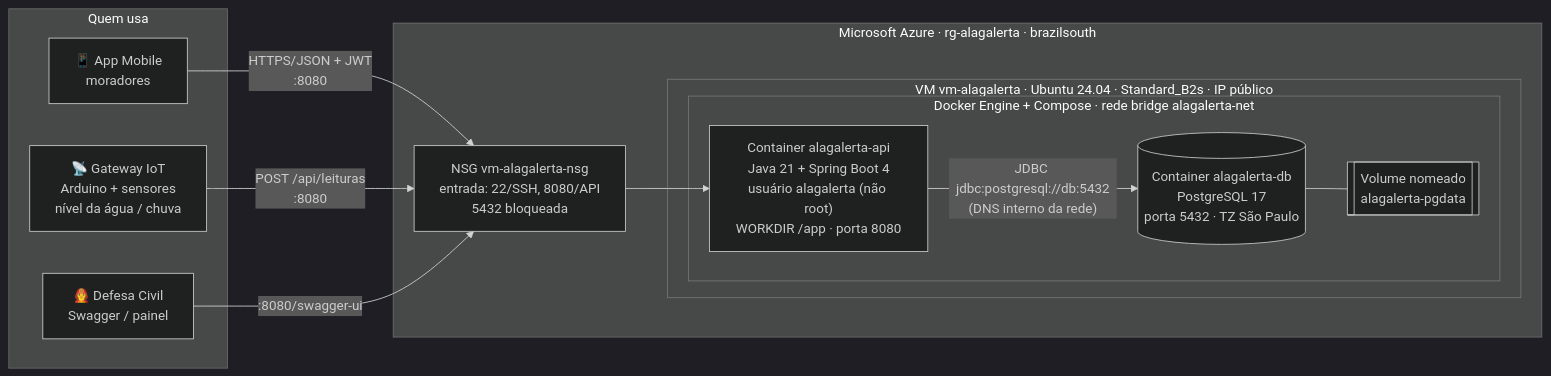
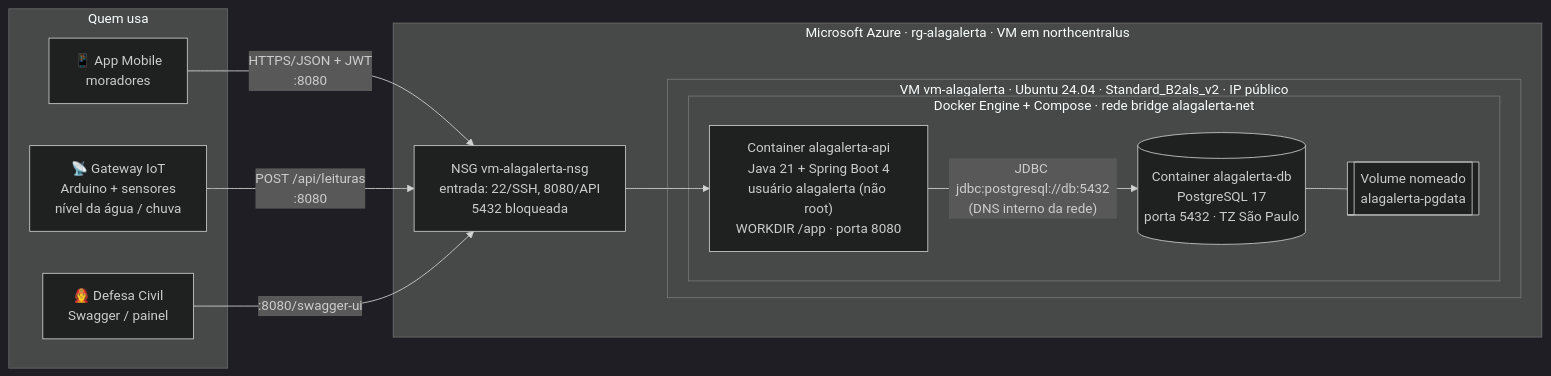
Before and after one commit to iMartiinsS/GLOBAL-SOLUTION: the diagram in alagalerta-api/docs/DEVOPS.md, drawn with Mermaid (dark theme). The commit also changed other lines of this file and 3 other files, not shown here.

First line of the commit message:
infra: VM Azure em northcentralus (B2als_v2) por falta de capacidade do B2s nas regioes permitidas

````diff
--- a/alagalerta-api/docs/DEVOPS.md
+++ b/alagalerta-api/docs/DEVOPS.md
@@ -23,26 +23,26 @@
 ```mermaid
 flowchart LR
     subgraph Usuarios["Quem usa"]
         APP["📱 App Mobile<br/>moradores"]
         IOT["📡 Gateway IoT<br/>Arduino + sensores<br/>nível da água / chuva"]
         DC["🧑‍🚒 Defesa Civil<br/>Swagger / painel"]
     end
 
-    subgraph Azure["Microsoft Azure · rg-alagalerta · brazilsouth"]
+    subgraph Azure["Microsoft Azure · rg-alagalerta · VM em northcentralus"]
         NSG["NSG vm-alagalerta-nsg<br/>entrada: 22/SSH, 8080/API<br/>5432 bloqueada"]
-        subgraph VM["VM vm-alagalerta · Ubuntu 24.04 · Standard_B2s · IP público"]
+        subgraph VM["VM vm-alagalerta · Ubuntu 24.04 · Standard_B2als_v2 · IP público"]
             subgraph Docker["Docker Engine + Compose · rede bridge alagalerta-net"]
                 API["Container alagalerta-api<br/>Java 21 + Spring Boot 4<br/>usuário alagalerta (não root)<br/>WORKDIR /app · porta 8080"]
                 DB[("Container alagalerta-db<br/>PostgreSQL 17<br/>porta 5432 · TZ São Paulo")]
                 VOL[["Volume nomeado<br/>alagalerta-pgdata"]]
             end
         end
     end
 
     APP -- "HTTPS/JSON + JWT<br/>:8080" --> NSG
     IOT -- "POST /api/leituras<br/>:8080" --> NSG
     DC -- ":8080/swagger-ui" --> NSG
     NSG --> API
     API -- "JDBC jdbc:postgresql://db:5432<br/>(DNS interno da rede)" --> DB
     DB --- VOL
 ```
````
